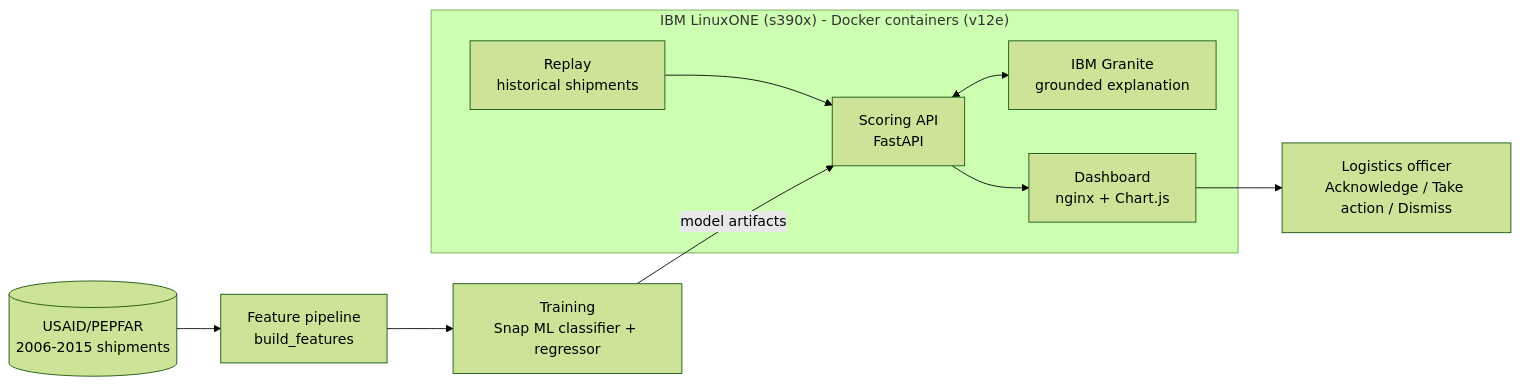
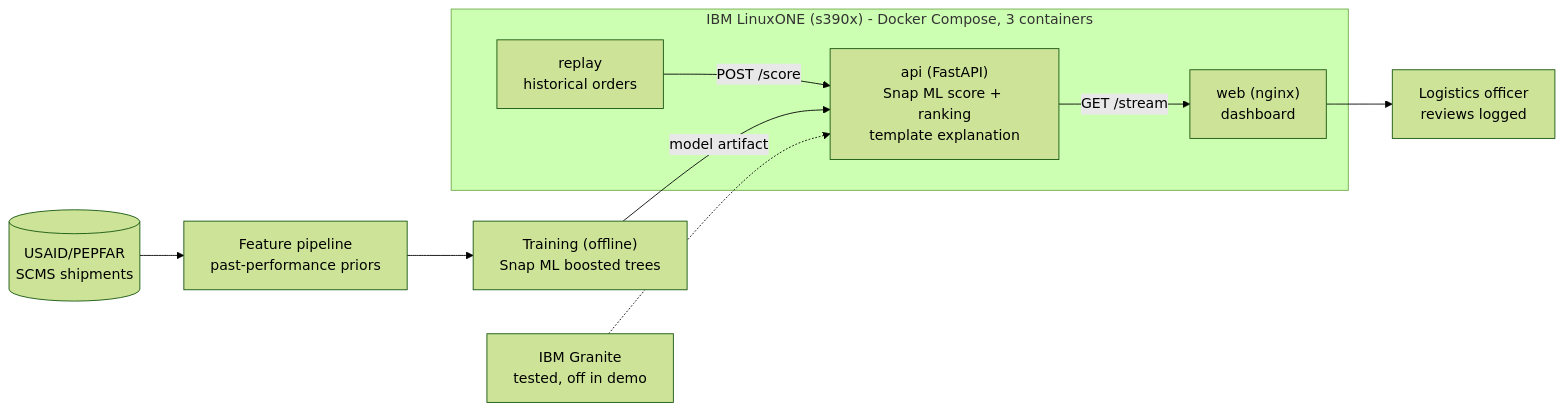
Before and after one commit to Avp-T03y/V12E: the diagram in README.md, drawn with Mermaid (forest theme). The commit also changed other lines of this file, not shown here.

````diff
--- a/README.md
+++ b/README.md
@@ -143,12 +45,12 @@
 ```mermaid
 flowchart LR
-  D[("USAID/PEPFAR<br/>2006-2015 shipments")] --> F["Feature pipeline<br/>build_features"]
-  F --> T["Training<br/>Snap ML classifier + regressor"]
-  subgraph POD["IBM LinuxONE (s390x) - Docker containers (v12e)"]
-    R["Replay<br/>historical shipments"] --> A["Scoring API<br/>FastAPI"]
-    A <--> G["IBM Granite<br/>grounded explanation"]
-    A --> W["Dashboard<br/>nginx + Chart.js"]
+  D[("USAID/PEPFAR<br/>SCMS shipments")] --> F["Feature pipeline<br/>past-performance priors"]
+  F --> T["Training (offline)<br/>Snap ML boosted trees"]
+  subgraph LX["IBM LinuxONE (s390x) - Docker Compose, 3 containers"]
+    R["replay<br/>historical orders"] -- "POST /score" --> A["api (FastAPI)<br/>Snap ML score + ranking<br/>template explanation"]
+    A -- "GET /stream" --> W["web (nginx)<br/>dashboard"]
   end
-  T -- "model artifacts" --> A
-  W --> O["Logistics officer<br/>Acknowledge / Take action / Dismiss"]
+  T -- "model artifact" --> A
+  G["IBM Granite<br/>tested, off in demo"] -.-> A
+  W --> O["Logistics officer<br/>reviews logged"]
 ```
````
